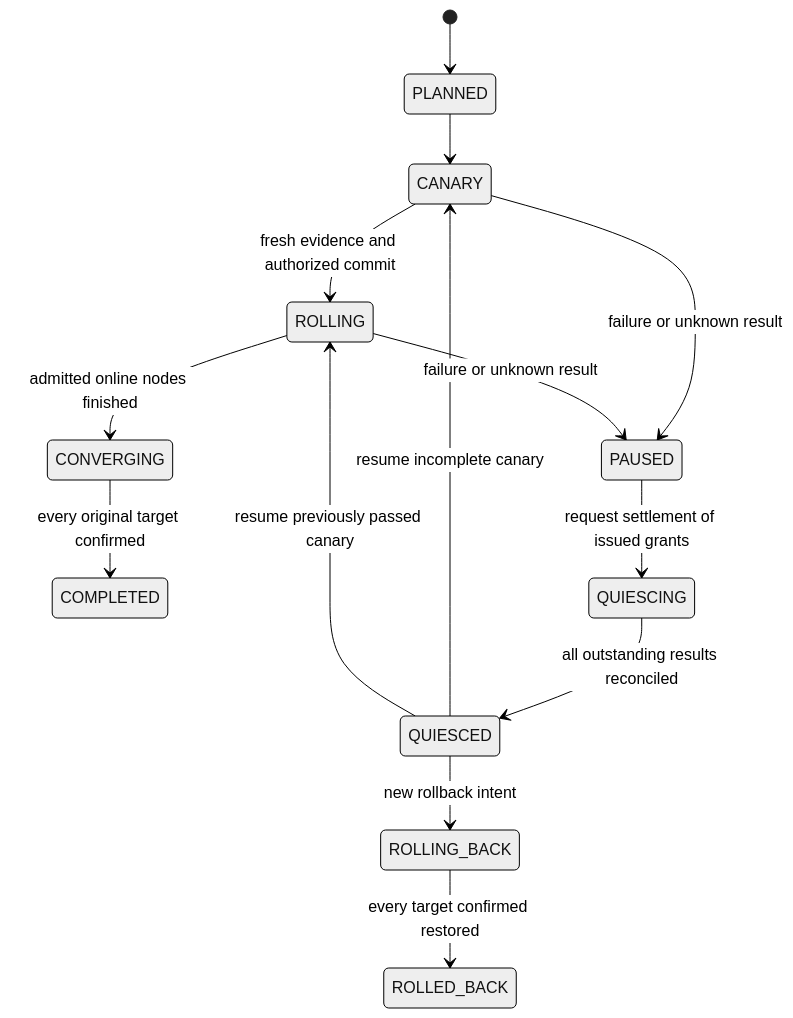
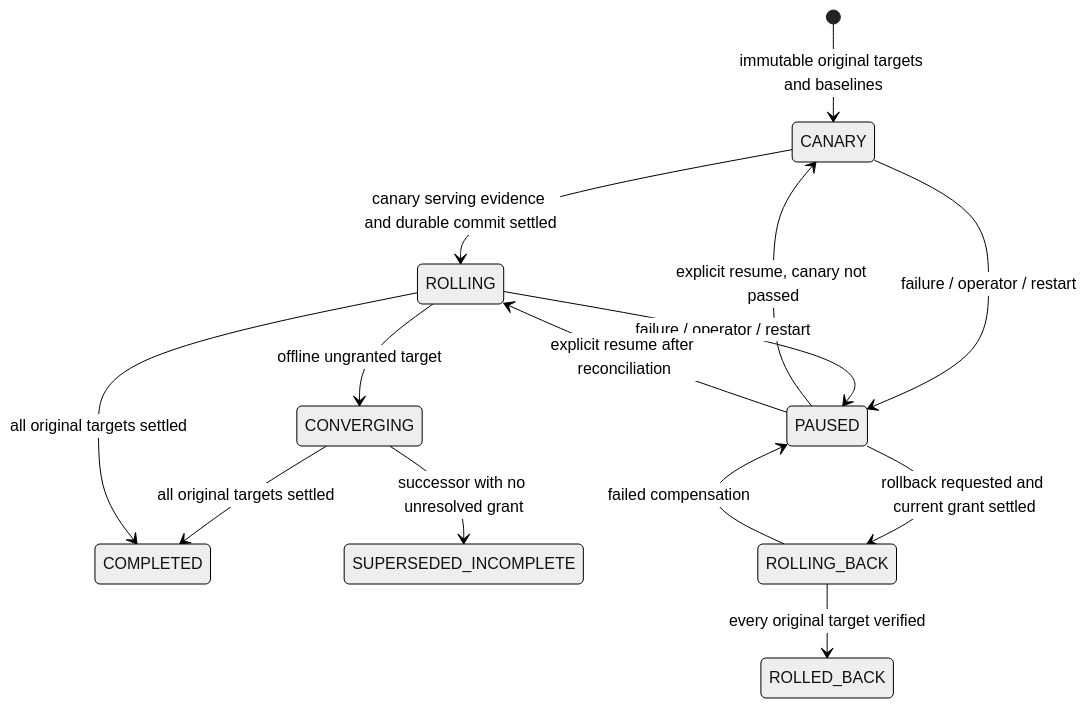
The second of 2 diagrams in docs/ARCHITECTURE.md (andrew29mo/fleetweft), drawn with Mermaid (neutral theme) before and after one commit. The commit also changed other lines of this file and 31 other files, not shown here.

````diff
--- a/docs/ARCHITECTURE.md
+++ b/docs/ARCHITECTURE.md
@@ -94,16 +31,16 @@
 ```mermaid
 stateDiagram-v2
-    [*] --> PLANNED
-    PLANNED --> CANARY
-    CANARY --> ROLLING: fresh evidence and authorized commit
-    CANARY --> PAUSED: failure or unknown result
-    ROLLING --> PAUSED: failure or unknown result
-    ROLLING --> CONVERGING: admitted online nodes finished
-    CONVERGING --> COMPLETED: every original target confirmed
-    PAUSED --> QUIESCING: request settlement of issued grants
-    QUIESCING --> QUIESCED: all outstanding results reconciled
-    QUIESCED --> CANARY: resume incomplete canary
-    QUIESCED --> ROLLING: resume previously passed canary
-    QUIESCED --> ROLLING_BACK: new rollback intent
-    ROLLING_BACK --> ROLLED_BACK: every target confirmed restored
+  [*] --> CANARY: immutable original targets and baselines
+  CANARY --> ROLLING: canary serving evidence and durable commit settled
+  CANARY --> PAUSED: failure / operator / restart
+  ROLLING --> PAUSED: failure / operator / restart
+  ROLLING --> CONVERGING: offline ungranted target
+  CONVERGING --> COMPLETED: all original targets settled
+  ROLLING --> COMPLETED: all original targets settled
+  CONVERGING --> SUPERSEDED_INCOMPLETE: successor with no unresolved grant
+  PAUSED --> CANARY: explicit resume, canary not passed
+  PAUSED --> ROLLING: explicit resume after reconciliation
+  PAUSED --> ROLLING_BACK: rollback requested and current grant settled
+  ROLLING_BACK --> PAUSED: failed compensation
+  ROLLING_BACK --> ROLLED_BACK: every original target verified
 ```
````
